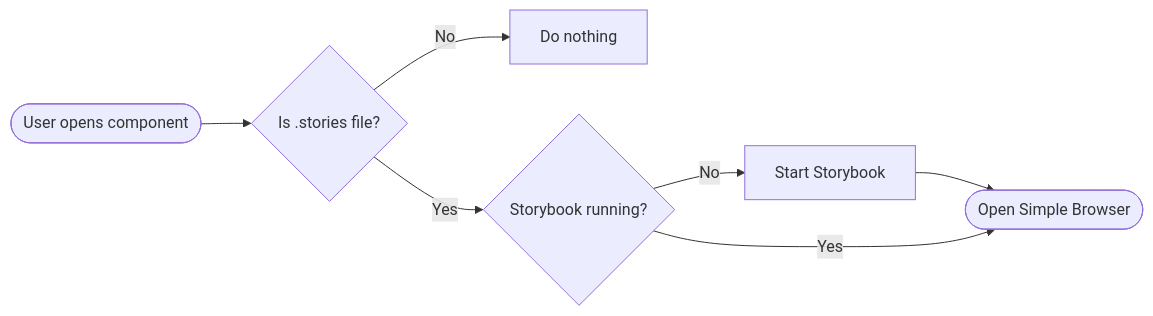
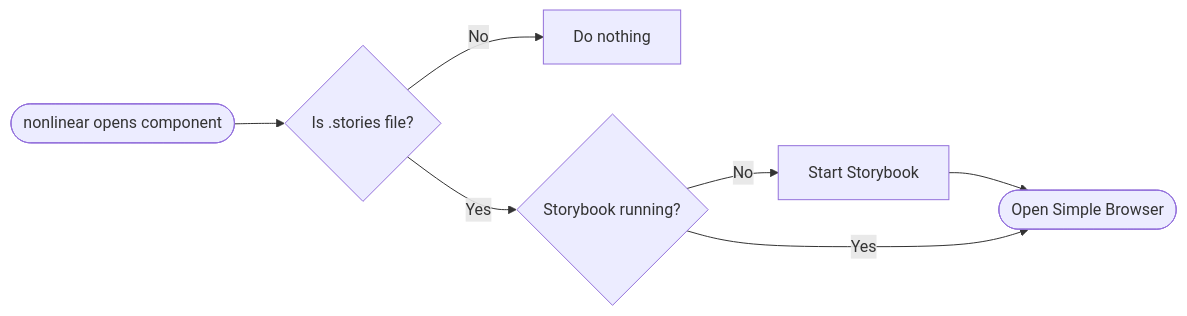
One commit to nonlinear/nonlinear.github.io changed the second of 2 diagrams in content/tools/preview-in-browser.md. Above: the diagram before and after it, drawn with Mermaid. The commit also changed other lines of this file and 15 other files, not shown here.

````diff
--- a/content/tools/preview-in-browser.md
+++ b/content/tools/preview-in-browser.md
@@ -34,9 +34,9 @@
 ```mermaid
 flowchart LR
-    A([User opens component]) --> B{Is .stories file?}
+    A([nonlinear opens component]) --> B{Is .stories file?}
     B -- No --> Z[Do nothing]
     B -- Yes --> C{Storybook running?}
     C -- No --> D[Start Storybook]
     D --> E([Open Simple Browser])
     C -- Yes --> E
 ```
````
